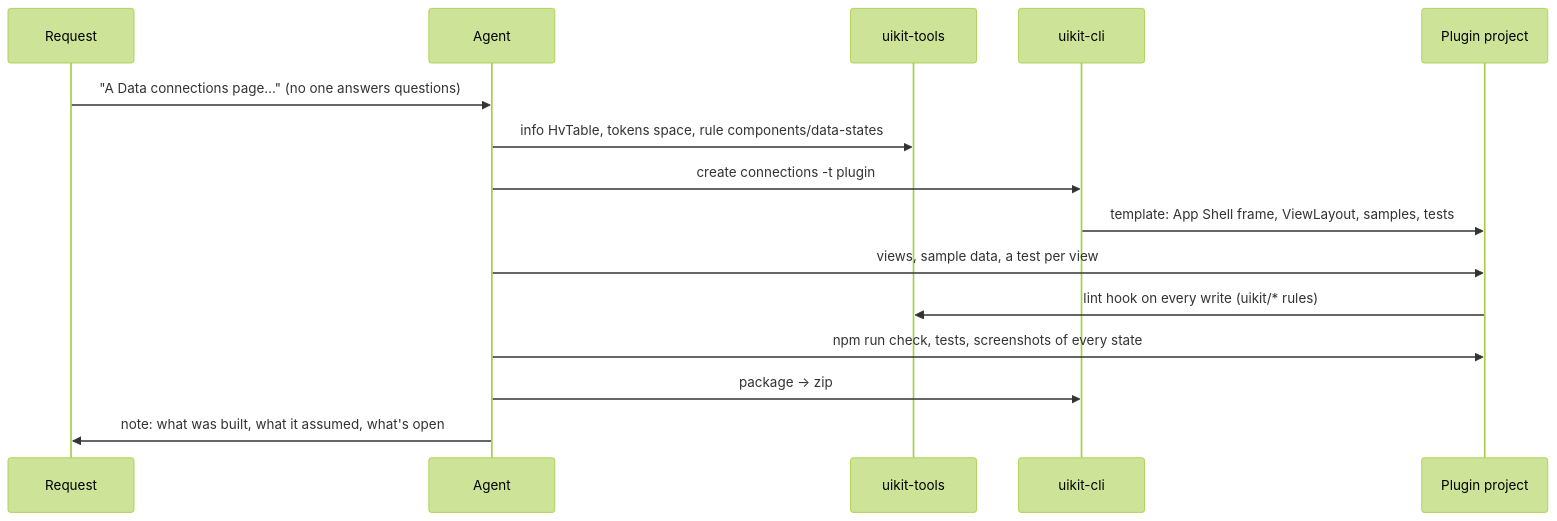
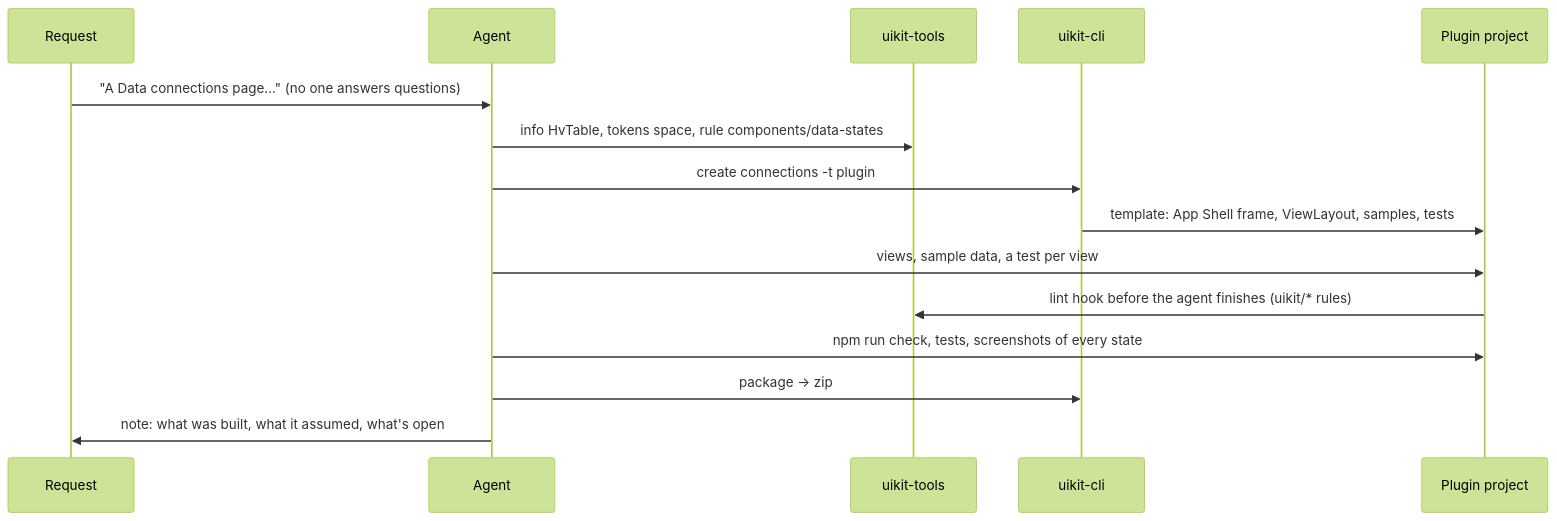
Before and after one commit to pentaho/hv-uikit-react: the second of 2 diagrams in docs/agent-tooling.md, drawn with Mermaid (forest theme). The commit also changed other lines of this file and 10 other files, not shown here.

First line of the commit message:
chore: root config, lint warnings and the agent tooling guide

````diff
--- a/docs/agent-tooling.md
+++ b/docs/agent-tooling.md
@@ -161,17 +167,17 @@
 ```mermaid
 sequenceDiagram
   participant PM as Request
   participant A as Agent
   participant T as uikit-tools
   participant C as uikit-cli
   participant P as Plugin project
   PM->>A: "A Data connections page…" (no one answers questions)
   A->>T: info HvTable, tokens space, rule components/data-states
   A->>C: create connections -t plugin
   C->>P: template: App Shell frame, ViewLayout, samples, tests
   A->>P: views, sample data, a test per view
-  P->>T: lint hook on every write (uikit/* rules)
+  P->>T: lint hook before the agent finishes (uikit/* rules)
   A->>P: npm run check, tests, screenshots of every state
   A->>C: package → zip
   A->>PM: note: what was built, what it assumed, what's open
 ```
````
